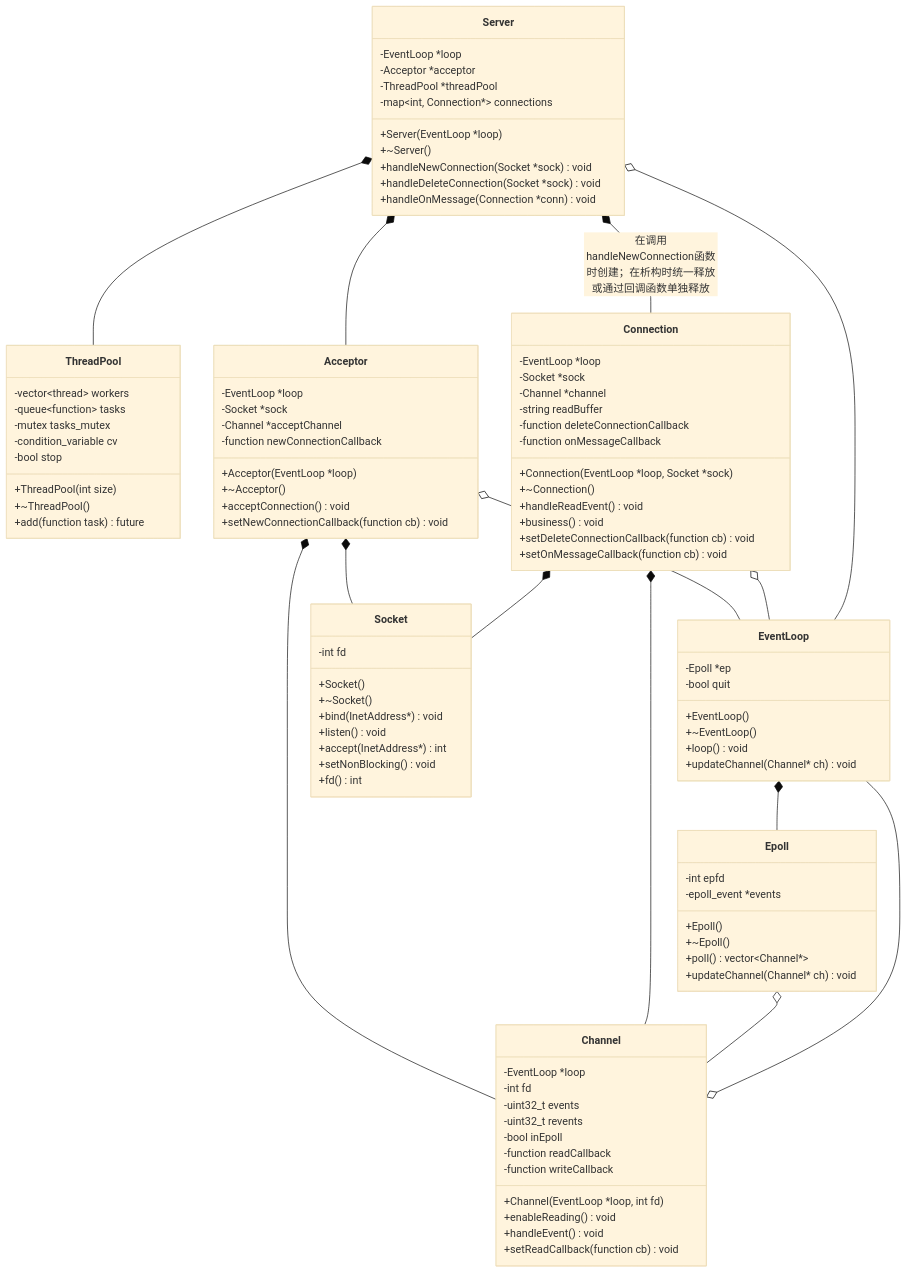
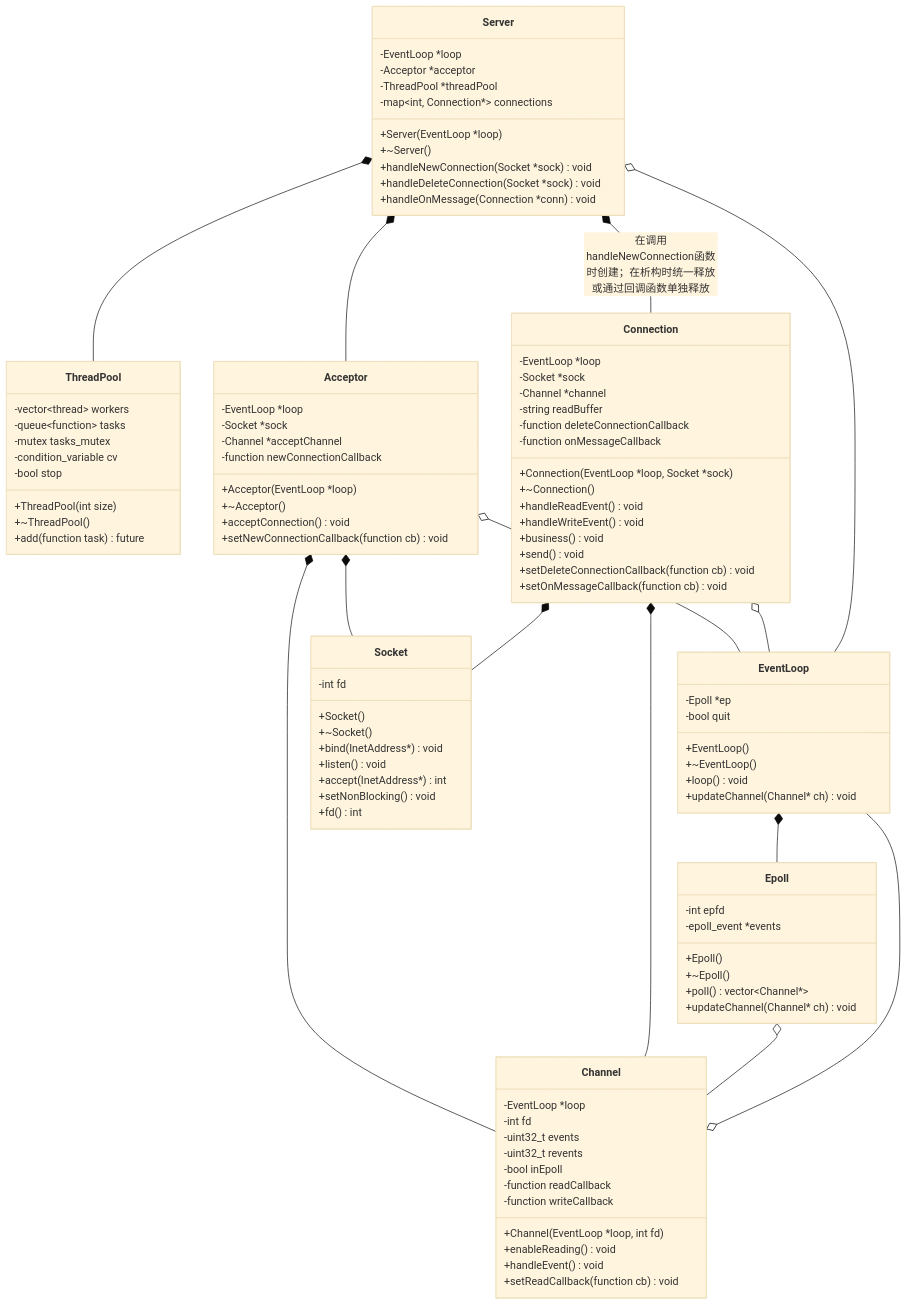
The diagram in doc/Class Diagram.md (WinlorZZ/VisionReactor-CPP), drawn with Mermaid (base theme) before and after one commit.

Commit message:
【更新】 Connection类图添加handleWriteEvent和send方法

```diff
--- a/doc/Class Diagram.md
+++ b/doc/Class Diagram.md
@@ -90,7 +90,9 @@
         +Connection(EventLoop *loop, Socket *sock)
         +~Connection()
         +handleReadEvent() void
+        +handleWriteEvent() void
         +business() void
+        +send() void
         +setDeleteConnectionCallback(function cb) void
         +setOnMessageCallback(function cb) void
     }
```
